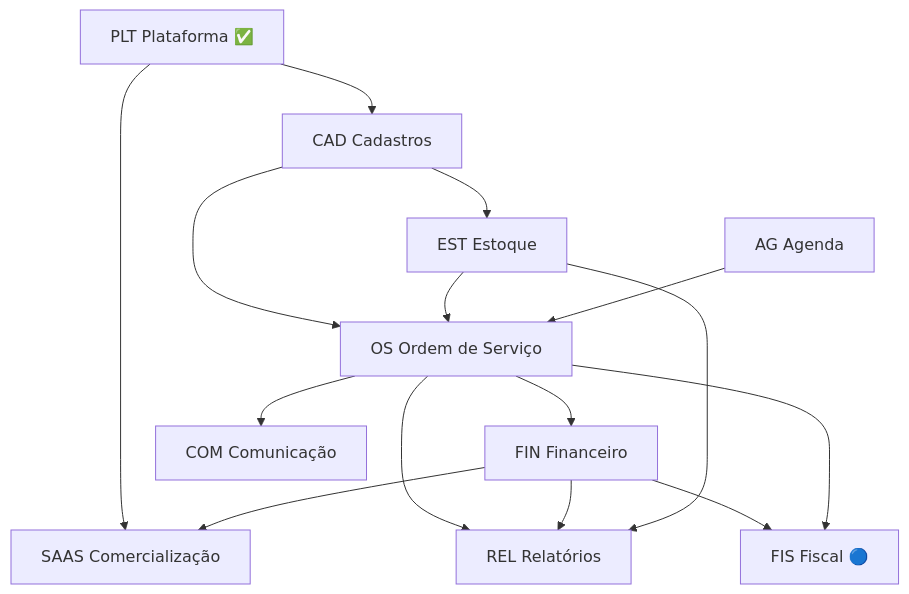
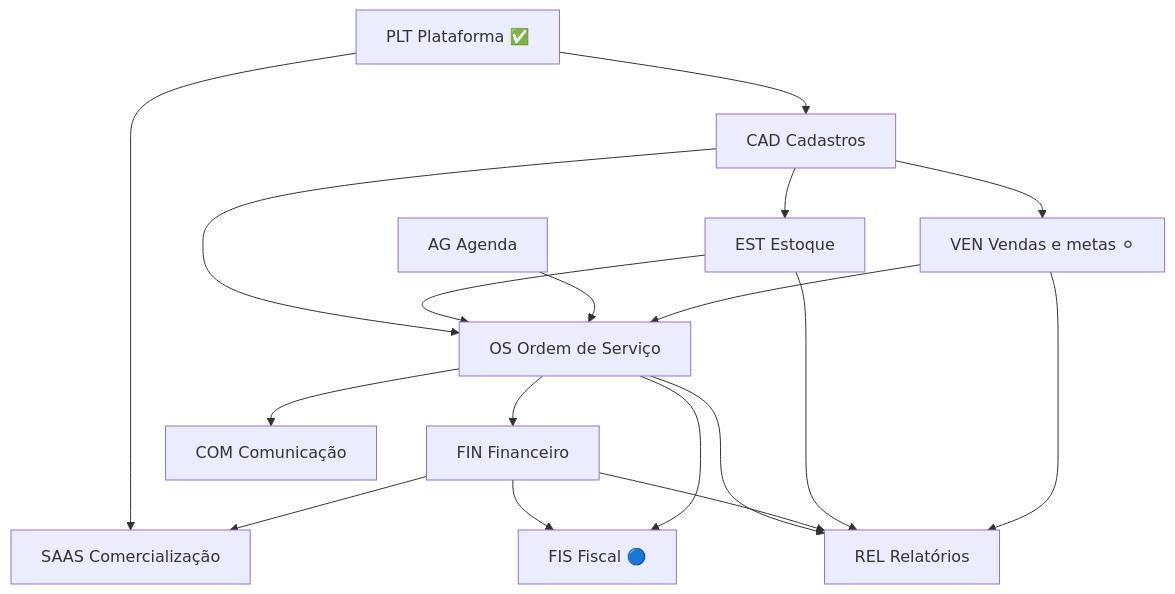
One commit to ivanwaltrick93/mobios changed the second of 2 diagrams in docs/ENTREGAVEIS.md. Above: the diagram before and after it, drawn with Mermaid. The commit also changed other lines of this file and 53 other files, not shown here.

````diff
--- a/docs/ENTREGAVEIS.md
+++ b/docs/ENTREGAVEIS.md
@@ -264,17 +286,20 @@
 ```mermaid
 flowchart TD
   PLT[PLT Plataforma ✅] --> CAD[CAD Cadastros]
   CAD --> OS[OS Ordem de Serviço]
   CAD --> EST[EST Estoque]
   EST --> OS
   OS --> FIN[FIN Financeiro]
   OS --> COM[COM Comunicação]
   OS --> REL[REL Relatórios]
   FIN --> REL
   EST --> REL
   FIN --> FIS[FIS Fiscal 🔵]
   OS --> FIS
   AG[AG Agenda] --> OS
+  CAD --> VEN[VEN Vendas e metas ⚪]
+  VEN --> OS
+  VEN --> REL
   PLT --> SAAS[SAAS Comercialização]
   FIN --> SAAS
 ```
````
